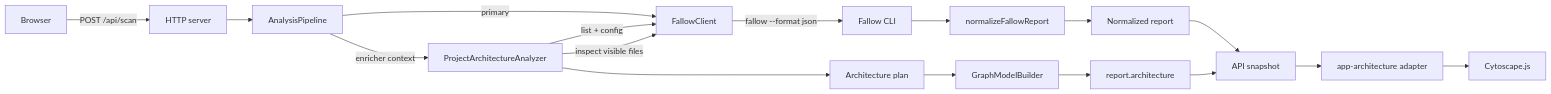
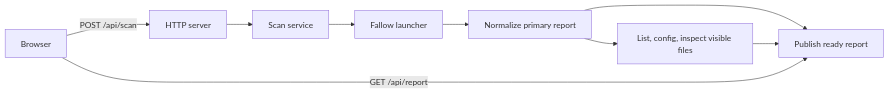
One commit to idesiatkova/code-shame changed the diagram in ARCHITECTURE.md. Above: the diagram before and after it, drawn with Mermaid. The commit also changed other lines of this file and 1 other file, not shown here.

Commit message:
docs: describe module and scan lifecycle boundaries

````diff
--- a/ARCHITECTURE.md
+++ b/ARCHITECTURE.md
@@ -36,19 +48,11 @@
 ```mermaid
 flowchart LR
-    Browser[Browser] -->|POST /api/scan| Server[HTTP server]
-    Server --> Pipeline[AnalysisPipeline]
-    Pipeline -->|primary| Client[FallowClient]
-    Client -->|fallow --format json| Fallow[Fallow CLI]
-    Fallow --> Normalizer[normalizeFallowReport]
-    Normalizer --> Report[Normalized report]
-    Pipeline -->|enricher context| Analyzer[ProjectArchitectureAnalyzer]
-    Analyzer -->|list + config| Client
-    Analyzer -->|inspect visible files| Client
-    Analyzer --> Plan[Architecture plan]
-    Plan --> Builder[GraphModelBuilder]
-    Builder --> Graph[report.architecture]
-    Report --> Payload[API snapshot]
-    Graph --> Payload
-    Payload --> Renderer[app-architecture adapter]
-    Renderer --> Cytoscape[Cytoscape.js]
+    Browser -->|POST /api/scan| HTTP[HTTP server]
+    HTTP --> Scan[Scan service]
+    Scan --> Client[Fallow launcher]
+    Client --> Primary[Normalize primary report]
+    Primary --> Snapshot[Publish ready report]
+    Primary --> Graph[List, config, inspect visible files]
+    Graph --> Snapshot
+    Browser -->|GET /api/report| Snapshot
 ```
````
